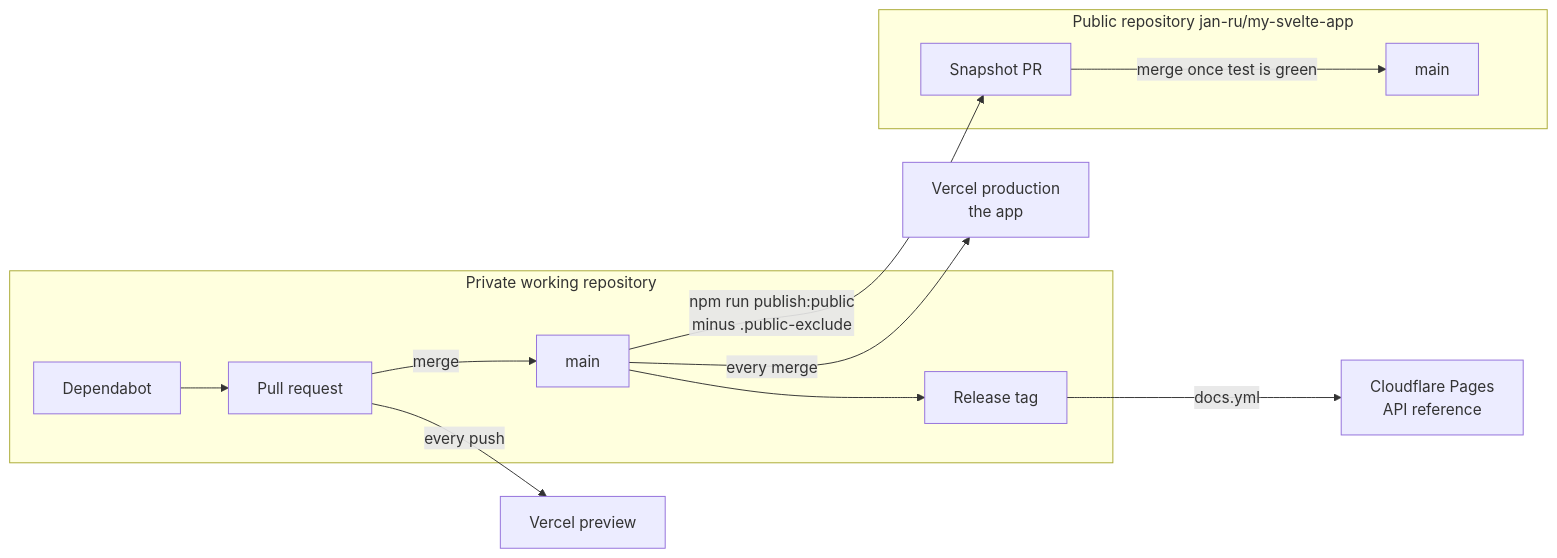
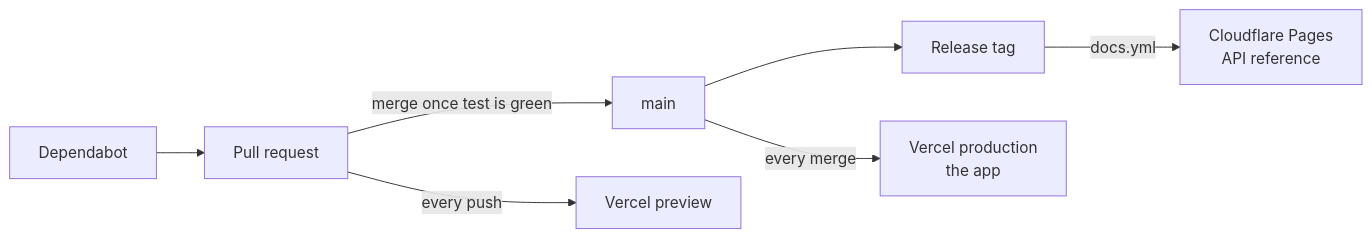
The diagram in docs/workflows.md (jan-ru/my-svelte-app), drawn with Mermaid before and after one commit. The commit also changed other lines of this file and 14 other files, not shown here.

First line of the commit message:
chore: one public repository again (ADR-011)

````diff
--- a/docs/workflows.md
+++ b/docs/workflows.md
@@ -46,17 +46,10 @@
 ```mermaid
 flowchart LR
-  subgraph PRIV["Private working repository"]
-    DB[Dependabot] --> PR[Pull request]
-    PR -->|merge| MAIN[main]
-    MAIN --> TAG[Release tag]
-  end
-
-  subgraph PUBR["Public repository jan-ru/my-svelte-app"]
-    SPR[Snapshot PR] -->|merge once test is green| PMAIN[main]
-  end
+  DB[Dependabot] --> PR[Pull request]
+  PR -->|merge once test is green| MAIN[main]
+  MAIN --> TAG[Release tag]
 
   PR -->|every push| VP[Vercel preview]
   MAIN -->|every merge| VPROD[Vercel production<br/>the app]
   TAG -->|docs.yml| CF[Cloudflare Pages<br/>API reference]
-  MAIN -->|"npm run publish:public<br/>minus .public-exclude"| SPR
 ```
````
